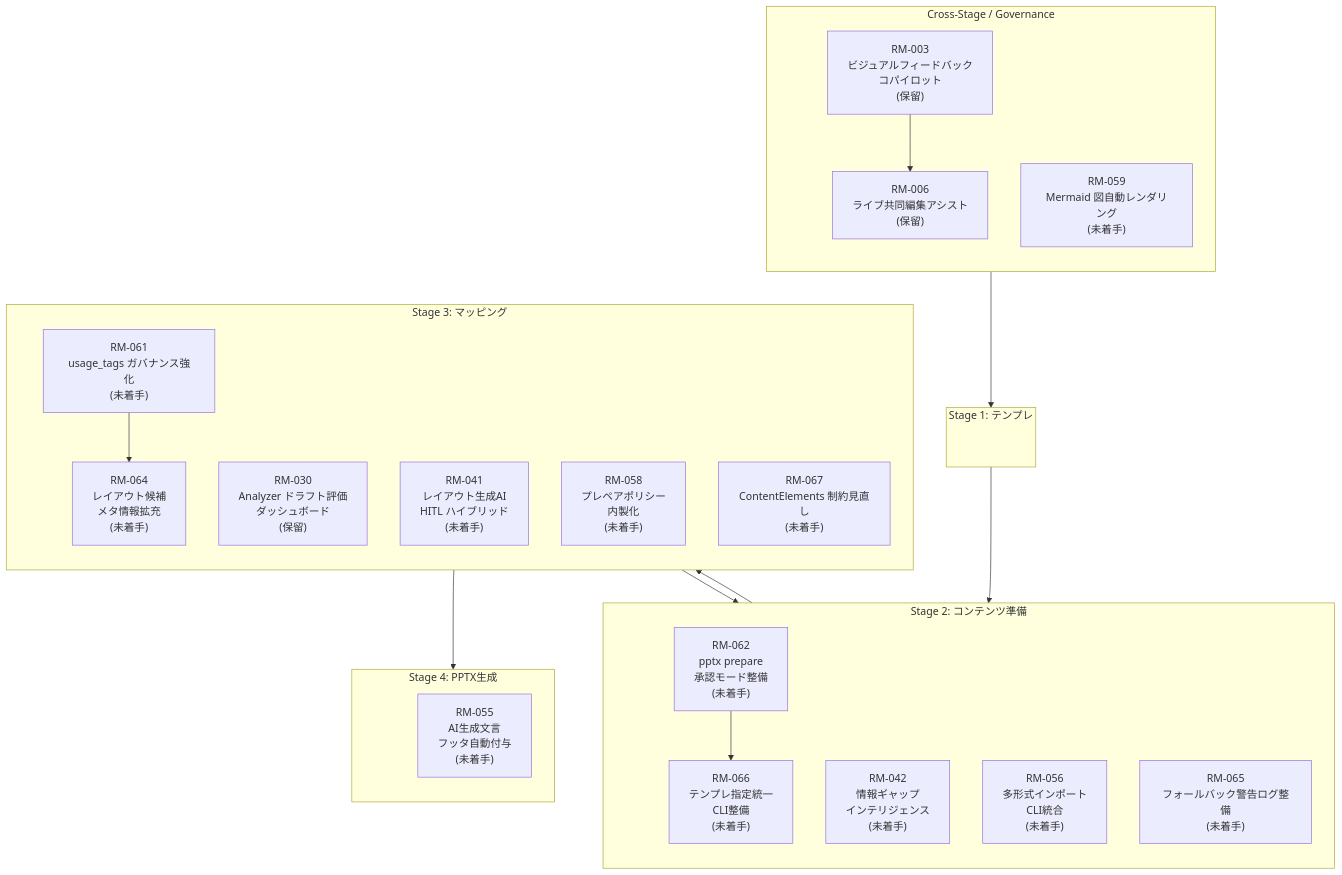
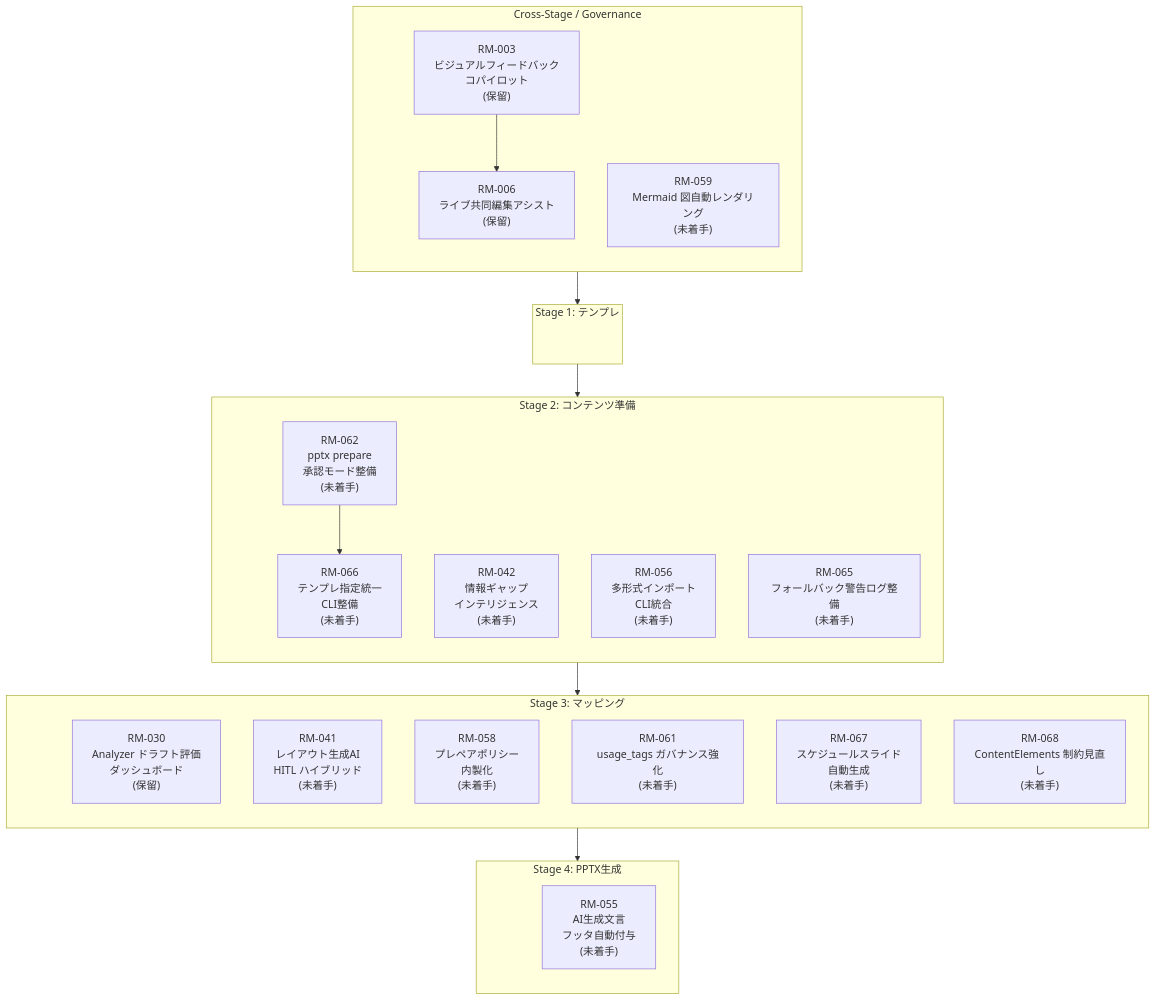
One commit to yurake/pptx_generator changed the diagram in docs/roadmap/roadmap.md. Above: the diagram before and after it, drawn with Mermaid. The commit also changed other lines of this file and 66 other files, not shown here.

````diff
--- a/docs/roadmap/roadmap.md
+++ b/docs/roadmap/roadmap.md
@@ -25,55 +25,53 @@
 ```mermaid
 flowchart TB
     subgraph GOV["Cross-Stage / Governance"]
         direction TB
         GOV_ANCHOR(( ))
         RM003["RM-003<br/>ビジュアルフィードバック<br/>コパイロット<br/>(保留)"]
         RM006["RM-006<br/>ライブ共同編集アシスト<br/>(保留)"]
         RM059["RM-059<br/>Mermaid 図自動レンダリング<br/>(未着手)"]
     end
 
     subgraph ST1["Stage 1: テンプレ"]
         direction TB
         ST1_ANCHOR(( ))
     end
 
     subgraph ST2["Stage 2: コンテンツ準備"]
         direction TB
         ST2_ANCHOR(( ))
         RM042["RM-042<br/>情報ギャップ<br/>インテリジェンス<br/>(未着手)"]
         RM056["RM-056<br/>多形式インポート<br/>CLI統合<br/>(未着手)"]
         RM062["RM-062<br/>pptx prepare<br/>承認モード整備<br/>(未着手)"]
         RM065["RM-065<br/>フォールバック警告ログ整備<br/>(未着手)"]
         RM066["RM-066<br/>テンプレ指定統一<br/>CLI整備<br/>(未着手)"]
     end
 
     subgraph ST3["Stage 3: マッピング"]
         direction TB
         ST3_ANCHOR(( ))
         RM030["RM-030<br/>Analyzer ドラフト評価<br/>ダッシュボード<br/>(保留)"]
         RM041["RM-041<br/>レイアウト生成AI<br/>HITL ハイブリッド<br/>(未着手)"]
         RM058["RM-058<br/>プレペアポリシー<br/>内製化<br/>(未着手)"]
         RM061["RM-061<br/>usage_tags ガバナンス強化<br/>(未着手)"]
-        RM064["RM-064<br/>レイアウト候補<br/>メタ情報拡充<br/>(未着手)"]
-        RM067["RM-067<br/>ContentElements 制約見直し<br/>(未着手)"]
+        RM067["RM-067<br/>スケジュールスライド<br/>自動生成<br/>(未着手)"]
+        RM068["RM-068<br/>ContentElements 制約見直し<br/>(未着手)"]
     end
 
     subgraph ST4["Stage 4: PPTX生成"]
         direction TB
         ST4_ANCHOR(( ))
         RM055["RM-055<br/>AI生成文言<br/>フッタ自動付与<br/>(未着手)"]
     end
 
     style GOV_ANCHOR fill:transparent,stroke:transparent
     style ST1_ANCHOR fill:transparent,stroke:transparent
     style ST2_ANCHOR fill:transparent,stroke:transparent
     style ST3_ANCHOR fill:transparent,stroke:transparent
     style ST4_ANCHOR fill:transparent,stroke:transparent
 
     GOV_ANCHOR --> ST1_ANCHOR --> ST2_ANCHOR --> ST3_ANCHOR --> ST4_ANCHOR
 
     RM003 --> RM006
-    RM061 --> RM064
-    RM064 --> RM065
     RM062 --> RM066
 ```
````
